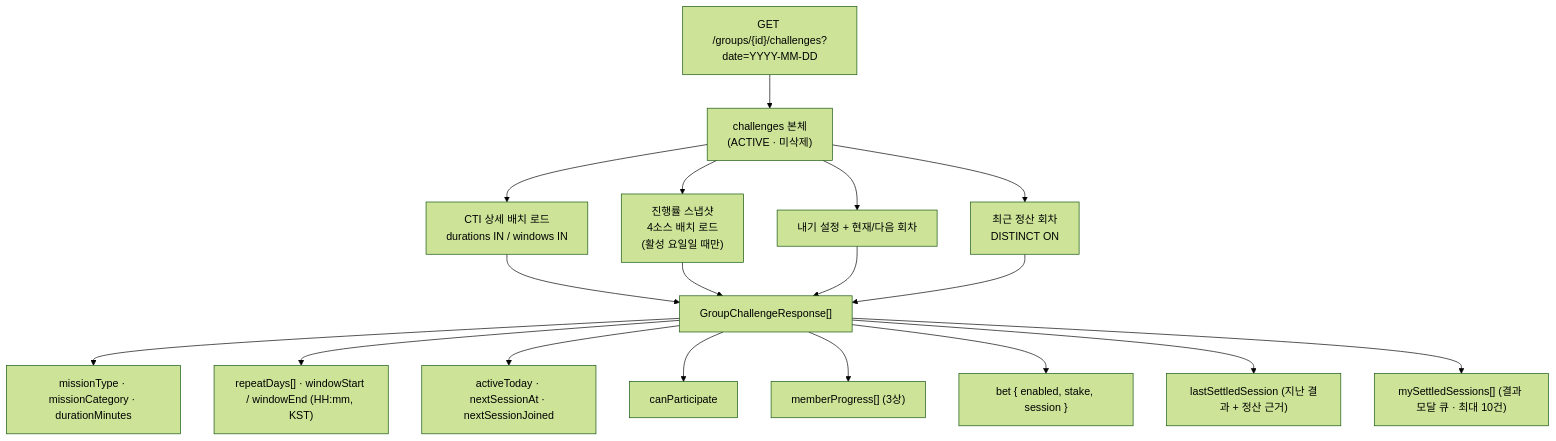
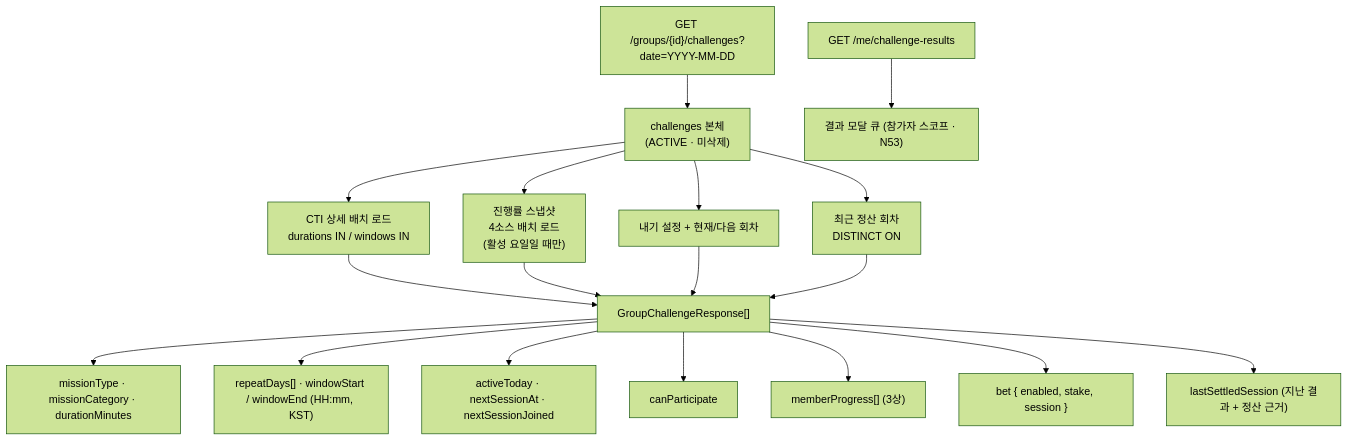
One commit to OneOrThree/phone changed the seventh of 11 diagrams in docs/prd/challenge/information-architecture.md. Above: the diagram before and after it, drawn with Mermaid (forest theme). The commit also changed other lines of this file and 6 other files, not shown here.

````diff
--- a/docs/prd/challenge/information-architecture.md
+++ b/docs/prd/challenge/information-architecture.md
@@ -329,19 +329,19 @@
 ```mermaid
 flowchart TB
     REQ["GET /groups/{id}/challenges?date=YYYY-MM-DD"] --> R1["challenges 본체<br/>(ACTIVE · 미삭제)"]
     R1 --> R2["CTI 상세 배치 로드<br/>durations IN / windows IN"]
     R1 --> R3["진행률 스냅샷<br/>4소스 배치 로드<br/>(활성 요일일 때만)"]
     R1 --> R4["내기 설정 + 현재/다음 회차"]
     R1 --> R5["최근 정산 회차<br/>DISTINCT ON"]
 
     R2 & R3 & R4 & R5 --> OUT["GroupChallengeResponse[]"]
 
     OUT --> F1["missionType · missionCategory · durationMinutes"]
     OUT --> F2["repeatDays[] · windowStart / windowEnd (HH:mm, KST)"]
     OUT --> F3["activeToday · nextSessionAt · nextSessionJoined"]
     OUT --> F4["canParticipate"]
     OUT --> F5["memberProgress[] (3상)"]
     OUT --> F6["bet { enabled, stake, session }"]
     OUT --> F7["lastSettledSession (지난 결과 + 정산 근거)"]
-    OUT --> F8["mySettledSessions[] (결과 모달 큐 · 최대 10건)"]
+    OUT2["GET /me/challenge-results"] --> F8["결과 모달 큐 (참가자 스코프 · N53)"]
 ```
````
